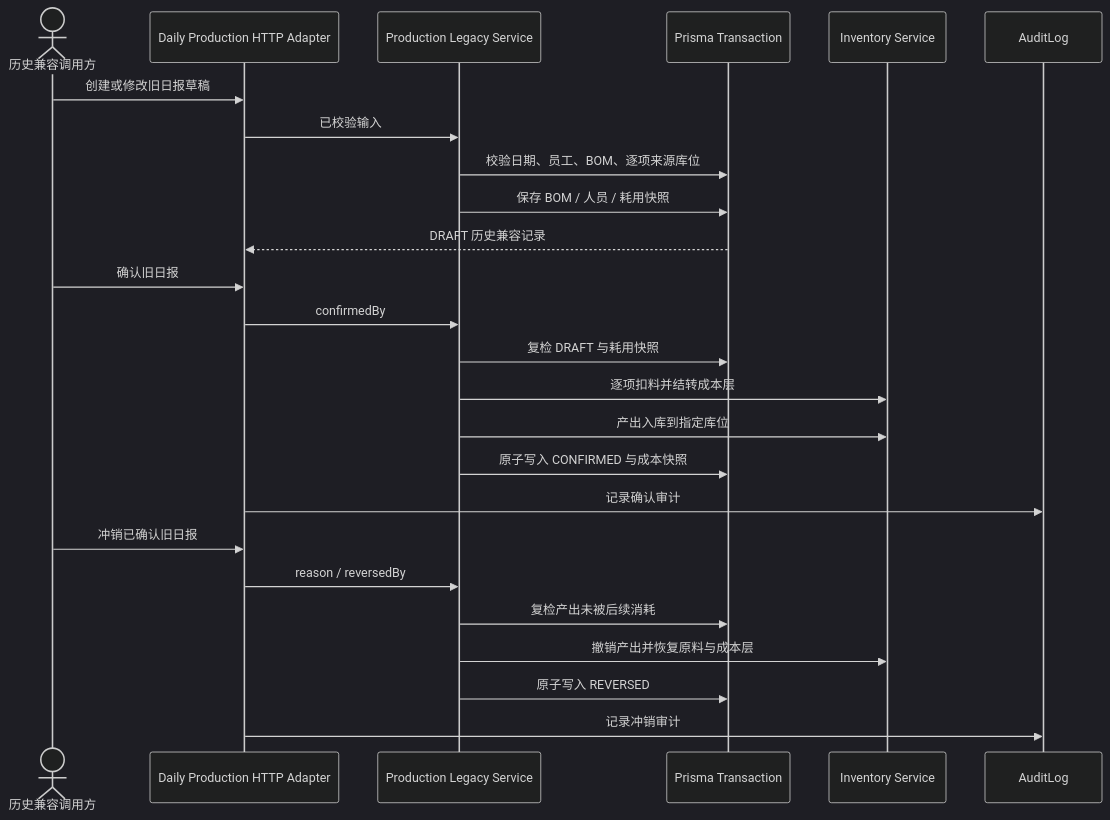
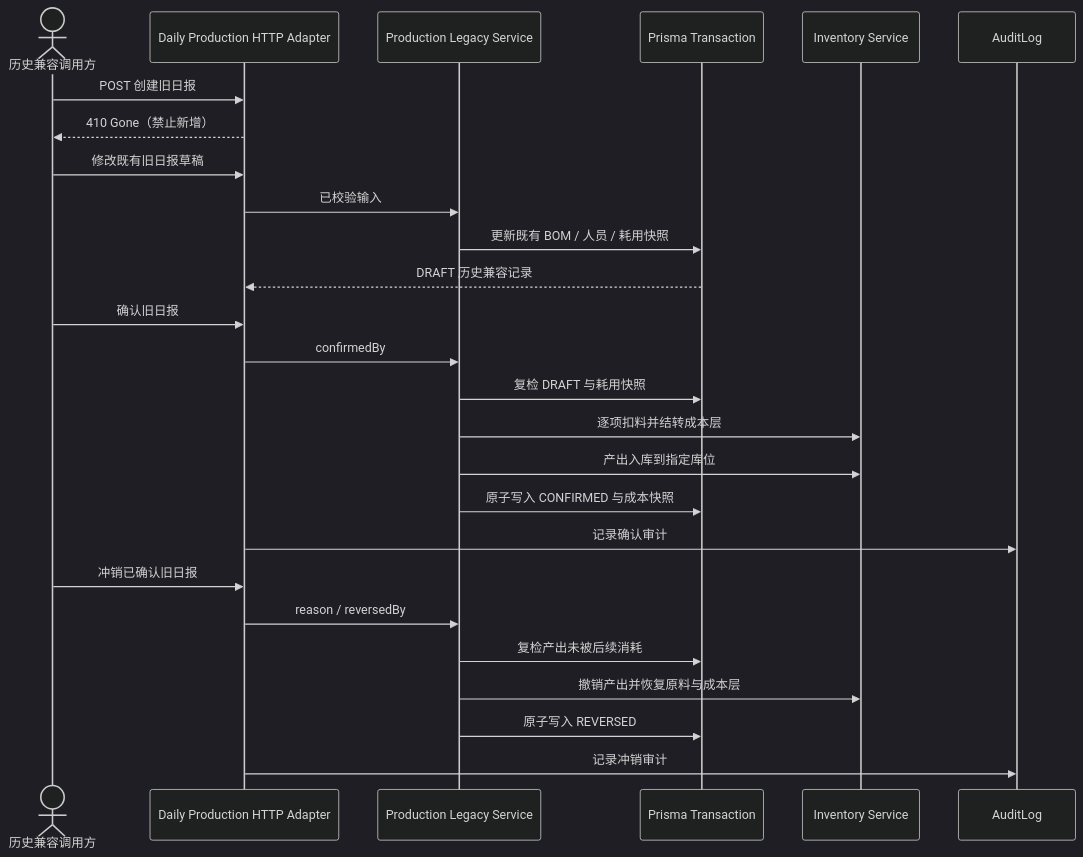
Diagram 16 of 17 in docs/architecture/系统时序图.md (goldf2/mes-lite), drawn with Mermaid (dark theme) before and after one commit. The commit also changed other lines of this file and 34 other files, not shown here.

````diff
--- a/docs/architecture/系统时序图.md
+++ b/docs/architecture/系统时序图.md
@@ -499,30 +499,32 @@
 ```mermaid
 sequenceDiagram
   actor H as 历史兼容调用方
   participant API as Daily Production HTTP Adapter
   participant S as Production Legacy Service
   participant DB as Prisma Transaction
   participant I as Inventory Service
   participant A as AuditLog
 
-  H->>API: 创建或修改旧日报草稿
+  H->>API: POST 创建旧日报
+  API-->>H: 410 Gone（禁止新增）
+
+  H->>API: 修改既有旧日报草稿
   API->>S: 已校验输入
-  S->>DB: 校验日期、员工、BOM、逐项来源库位
-  S->>DB: 保存 BOM / 人员 / 耗用快照
+  S->>DB: 更新既有 BOM / 人员 / 耗用快照
   DB-->>API: DRAFT 历史兼容记录
 
   H->>API: 确认旧日报
   API->>S: confirmedBy
   S->>DB: 复检 DRAFT 与耗用快照
   S->>I: 逐项扣料并结转成本层
   S->>I: 产出入库到指定库位
   S->>DB: 原子写入 CONFIRMED 与成本快照
   API->>A: 记录确认审计
 
   H->>API: 冲销已确认旧日报
   API->>S: reason / reversedBy
   S->>DB: 复检产出未被后续消耗
   S->>I: 撤销产出并恢复原料与成本层
   S->>DB: 原子写入 REVERSED
   API->>A: 记录冲销审计
 ```
````
